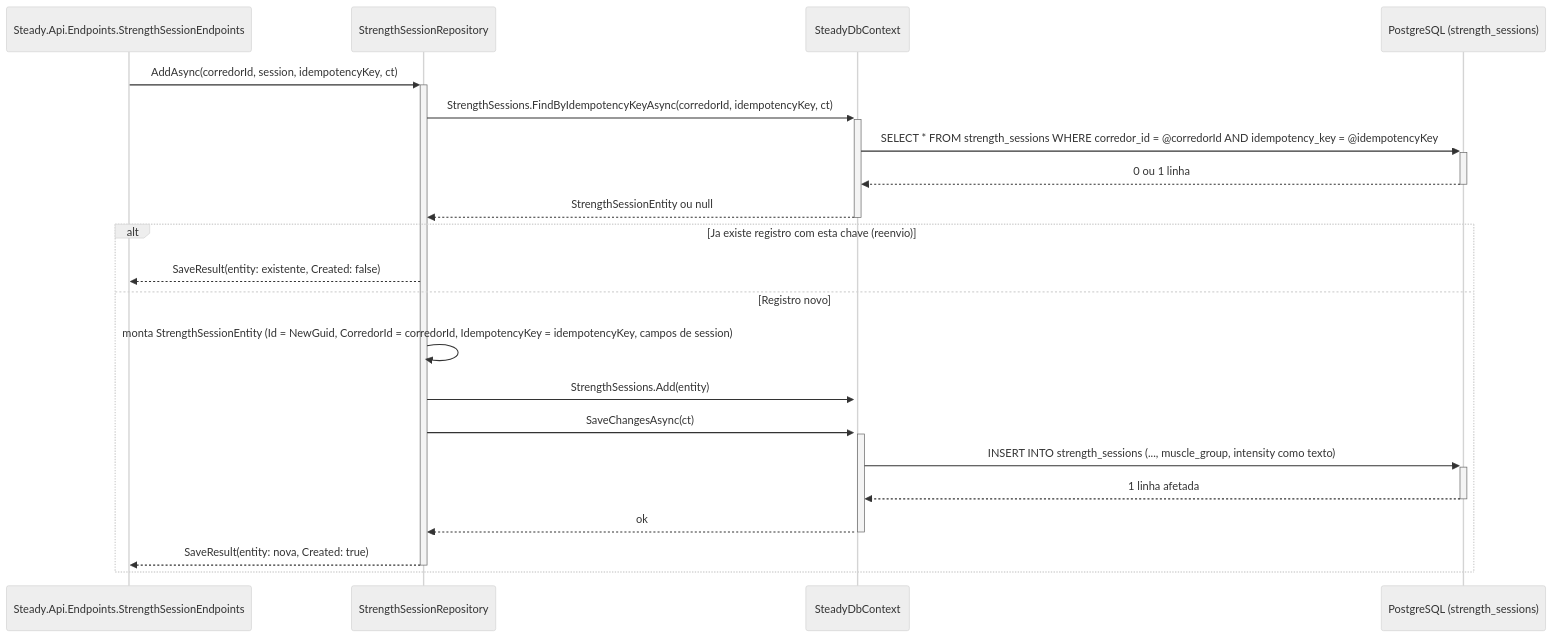
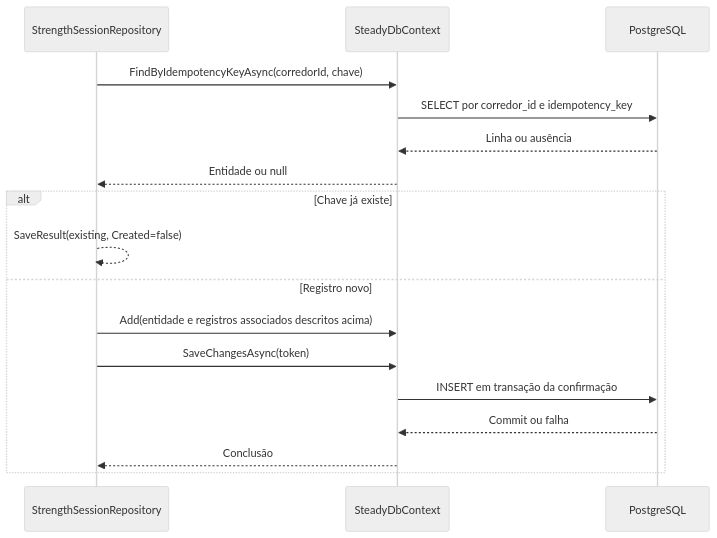
One commit to JoaoFPedro/steady-ia changed the diagram in DocumentAIReadme/Steady.Infrastructure/DevDocs/StrengthSessionRepository-Persistencia-Treino-DevDocs.md. Above: the diagram before and after it, drawn with Mermaid (neutral theme). The commit also changed other lines of this file and 318 other files, not shown here.

````diff
--- a/DocumentAIReadme/Steady.Infrastructure/DevDocs/StrengthSessionRepository-Persistencia-Treino-DevDocs.md
+++ b/DocumentAIReadme/Steady.Infrastructure/DevDocs/StrengthSessionRepository-Persistencia-Treino-DevDocs.md
@@ -74,24 +57,19 @@
 ```mermaid
 sequenceDiagram
-    participant Endpoint as Steady.Api.Endpoints.StrengthSessionEndpoints
-    participant Repository as StrengthSessionRepository
-    participant Context as SteadyDbContext
-    participant Database as PostgreSQL (strength_sessions)
-
-    Endpoint->>+Repository: AddAsync(corredorId, session, idempotencyKey, ct)
-    Repository->>+Context: StrengthSessions.FindByIdempotencyKeyAsync(corredorId, idempotencyKey, ct)
-    Context->>+Database: SELECT * FROM strength_sessions WHERE corredor_id = @corredorId AND idempotency_key = @idempotencyKey
-    Database-->>-Context: 0 ou 1 linha
-    Context-->>-Repository: StrengthSessionEntity ou null
-    alt Ja existe registro com esta chave (reenvio)
-        Repository-->>Endpoint: SaveResult(entity: existente, Created: false)
+    participant R as StrengthSessionRepository
+    participant CTX as SteadyDbContext
+    participant DB as PostgreSQL
+    R->>CTX: FindByIdempotencyKeyAsync(corredorId, chave)
+    CTX->>DB: SELECT por corredor_id e idempotency_key
+    DB-->>CTX: Linha ou ausência
+    CTX-->>R: Entidade ou null
+    alt Chave já existe
+        R-->>R: SaveResult(existing, Created=false)
     else Registro novo
-        Repository->>Repository: monta StrengthSessionEntity (Id = NewGuid, CorredorId = corredorId, IdempotencyKey = idempotencyKey, campos de session)
-        Repository->>+Context: StrengthSessions.Add(entity)
-        Repository->>+Context: SaveChangesAsync(ct)
-        Context->>+Database: INSERT INTO strength_sessions (..., muscle_group, intensity como texto)
-        Database-->>-Context: 1 linha afetada
-        Context-->>-Repository: ok
-        Repository-->>-Endpoint: SaveResult(entity: nova, Created: true)
+        R->>CTX: Add(entidade e registros associados descritos acima)
+        R->>CTX: SaveChangesAsync(token)
+        CTX->>DB: INSERT em transação da confirmação
+        DB-->>CTX: Commit ou falha
+        CTX-->>R: Conclusão
     end
 ```
````
